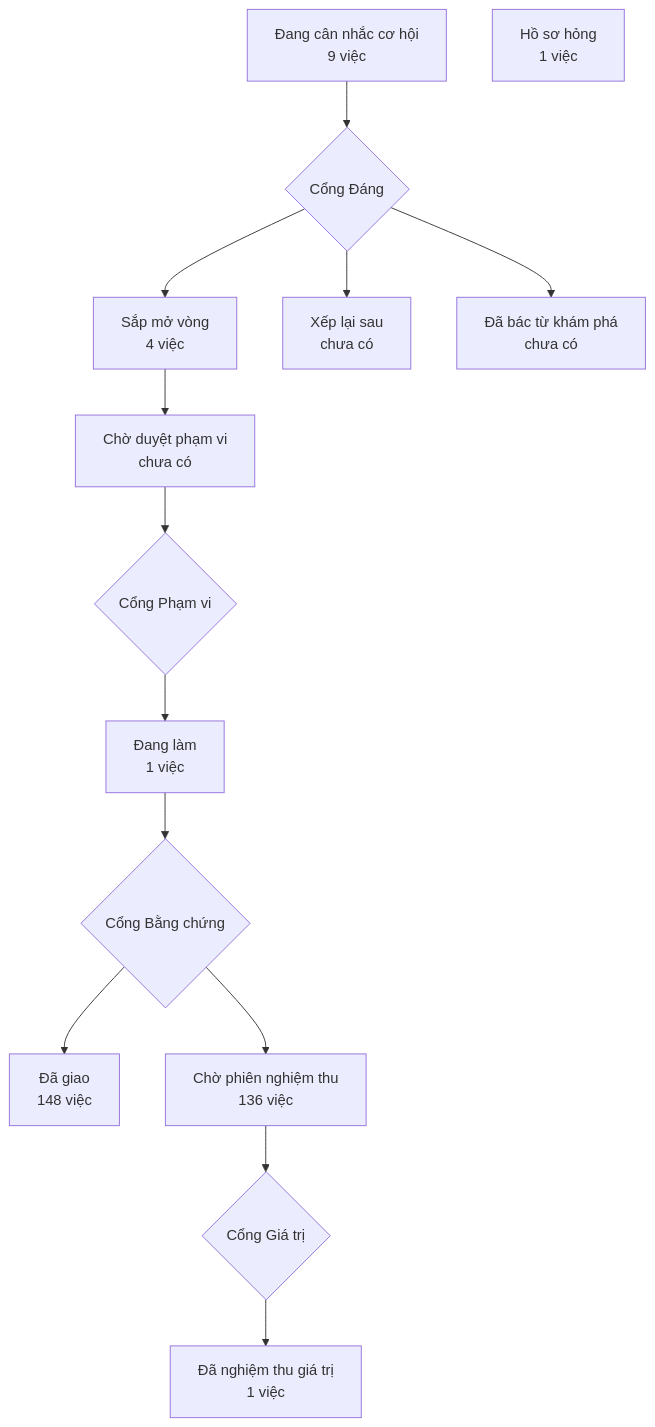
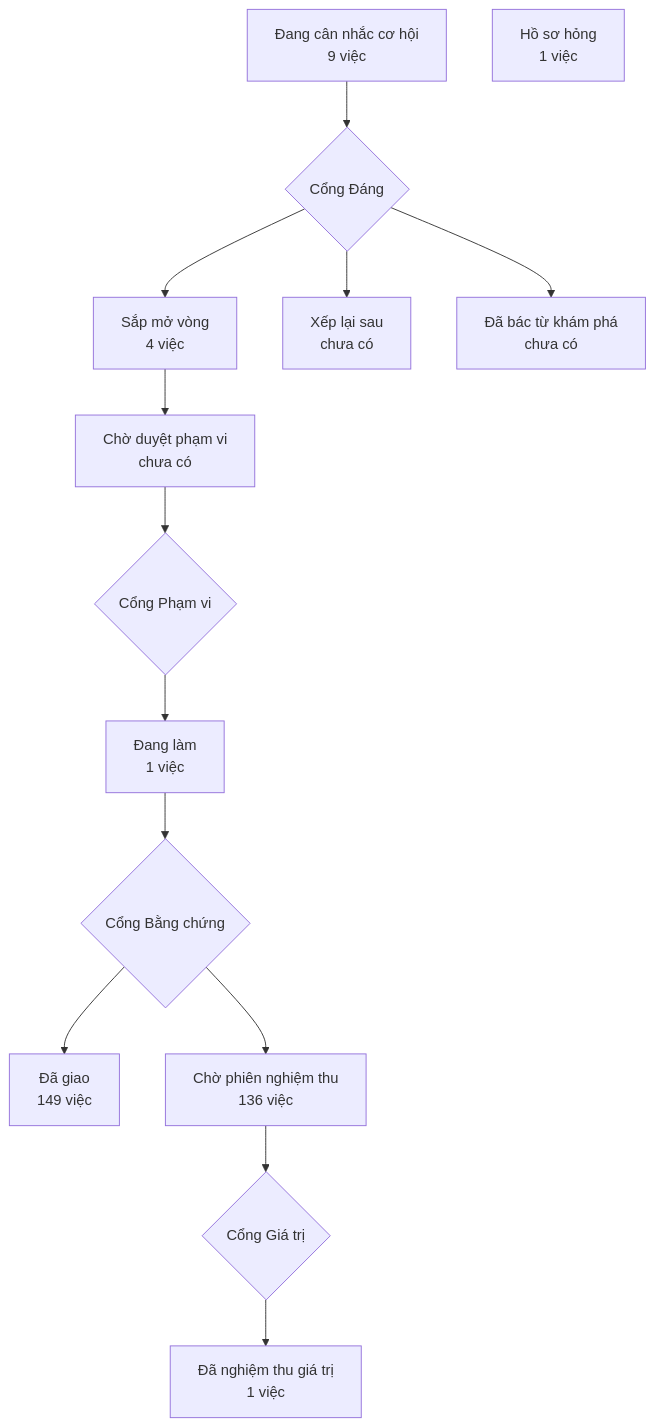
One commit to phanlemanh/crm-onehub changed the diagram in PRODUCT-MAP.md. Above: the diagram before and after it, drawn with Mermaid. The commit also changed other lines of this file and 4 other files, not shown here.

````diff
--- a/PRODUCT-MAP.md
+++ b/PRODUCT-MAP.md
@@ -7,13 +7,13 @@
 ```mermaid
 flowchart TD
   A["Đang cân nhắc cơ hội<br/>9 việc"] --> GD{"Cổng Đáng"}
   GD --> B["Sắp mở vòng<br/>4 việc"]
   GD --> XL["Xếp lại sau<br/>chưa có"]
   GD --> DB["Đã bác từ khám phá<br/>chưa có"]
   B --> CD["Chờ duyệt phạm vi<br/>chưa có"] --> GP{"Cổng Phạm vi"}
   GP --> DL["Đang làm<br/>1 việc"] --> GB{"Cổng Bằng chứng"}
-  GB --> DG["Đã giao<br/>148 việc"]
+  GB --> DG["Đã giao<br/>149 việc"]
   GB --> CN["Chờ phiên nghiệm thu<br/>136 việc"] --> GG{"Cổng Giá trị"}
   GG --> NT["Đã nghiệm thu giá trị<br/>1 việc"]
   HS["Hồ sơ hỏng<br/>1 việc"]
 ```
````
